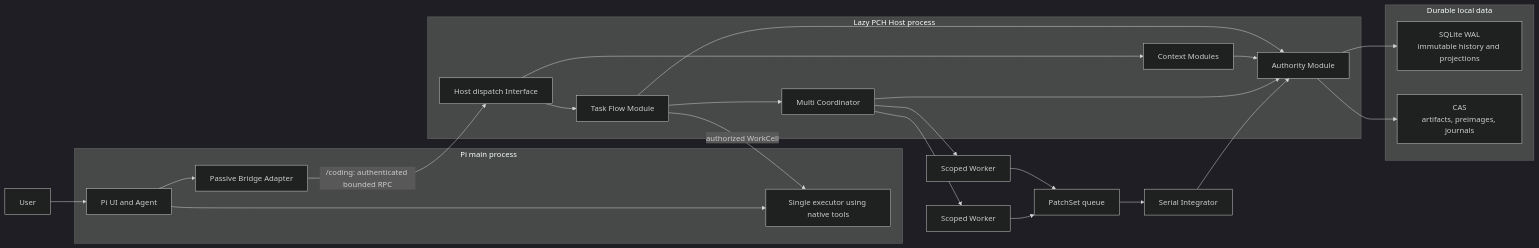
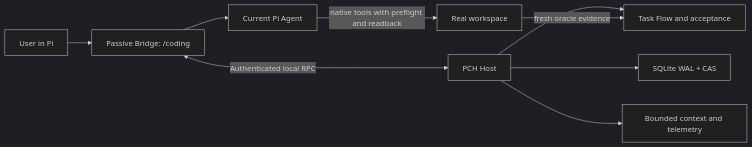
The diagram in docs/ARCHITECTURE.md (KirschBluteX/pi-coding-harness), drawn with Mermaid (dark theme) before and after one commit. The commit also changed other lines of this file and 70 other files, not shown here.

First line of the commit message:
feat: simplify PCH 1.3 to Single execution

````diff
--- a/docs/ARCHITECTURE.md
+++ b/docs/ARCHITECTURE.md
@@ -23,39 +18,11 @@
 ```mermaid
 flowchart LR
-  U["User"] --> PI["Pi UI and Agent"]
-
-  subgraph P["Pi main process"]
-    PI --> B["Passive Bridge Adapter"]
-    PI --> S["Single executor using native tools"]
-  end
-
-  subgraph H["Lazy PCH Host process"]
-    HD["Host dispatch Interface"]
-    TF["Task Flow Module"]
-    CX["Context Modules"]
-    MC["Multi Coordinator"]
-    AU["Authority Module"]
-    HD --> TF
-    HD --> CX
-    TF --> MC
-    TF --> AU
-    CX --> AU
-    MC --> AU
-  end
-
-  subgraph D["Durable local data"]
-    DB["SQLite WAL\nimmutable history and projections"]
-    CAS["CAS\nartifacts, preimages, journals"]
-  end
-
-  B -->|"/coding: authenticated bounded RPC"| HD
-  TF -->|"authorized WorkCell"| S
-  MC --> W1["Scoped Worker"]
-  MC --> W2["Scoped Worker"]
-  W1 --> PS["PatchSet queue"]
-  W2 --> PS
-  PS --> SI["Serial Integrator"]
-  SI --> AU
-  AU --> DB
-  AU --> CAS
+  U["User in Pi"] --> B["Passive Bridge: /coding"]
+  B <-->|"Authenticated local RPC"| H["PCH Host"]
+  H --> T["Task Flow and acceptance"]
+  H --> A["SQLite WAL + CAS"]
+  H --> C["Bounded context and telemetry"]
+  B --> P["Current Pi Agent"]
+  P -->|"native tools with preflight and readback"| W["Real workspace"]
+  W -->|"fresh oracle evidence"| T
 ```
````
